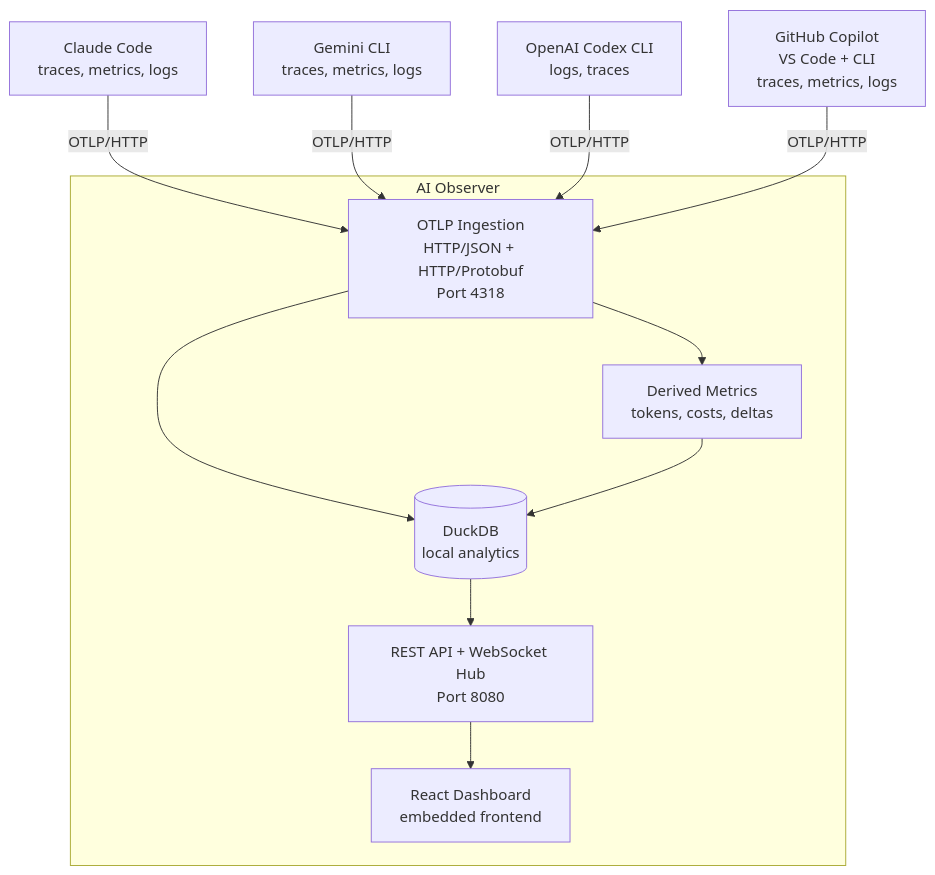
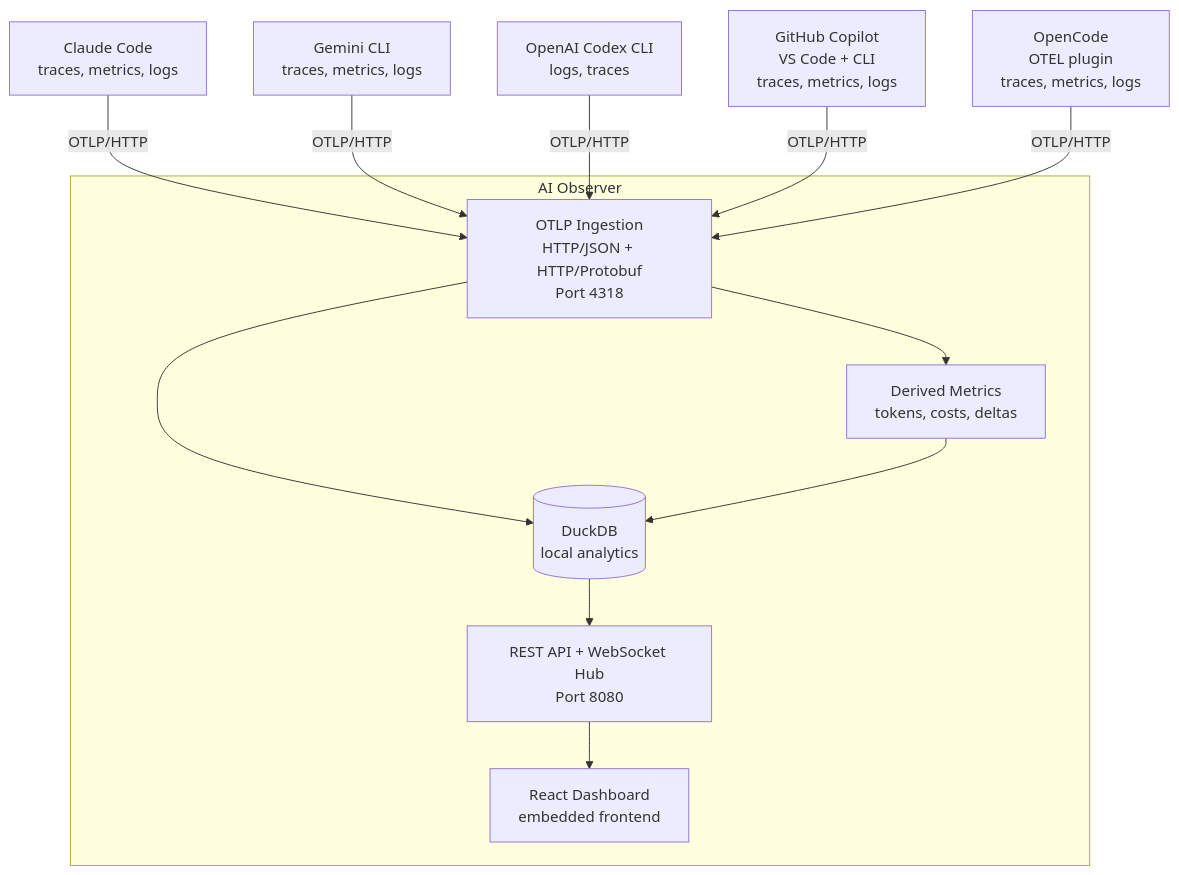
Before and after one commit to tobilg/ai-observer: the first of 4 diagrams in README.md, drawn with Mermaid. The commit also changed other lines of this file and 22 other files, not shown here.

Commit message:
Add OpenCode via plugin, create v0.5.0 version

````diff
--- a/README.md
+++ b/README.md
@@ -472,25 +504,27 @@
 ```mermaid
 flowchart TB
     claude[Claude Code<br/>traces, metrics, logs]
     gemini[Gemini CLI<br/>traces, metrics, logs]
     codex[OpenAI Codex CLI<br/>logs, traces]
     copilot[GitHub Copilot<br/>VS Code + CLI<br/>traces, metrics, logs]
+    opencode[OpenCode<br/>OTEL plugin<br/>traces, metrics, logs]
 
     subgraph observer[AI Observer]
         ingest[OTLP Ingestion<br/>HTTP/JSON + HTTP/Protobuf<br/>Port 4318]
         derived[Derived Metrics<br/>tokens, costs, deltas]
         db[(DuckDB<br/>local analytics)]
         api[REST API + WebSocket Hub<br/>Port 8080]
         ui[React Dashboard<br/>embedded frontend]
     end
 
     claude -->|OTLP/HTTP| ingest
     gemini -->|OTLP/HTTP| ingest
     codex -->|OTLP/HTTP| ingest
     copilot -->|OTLP/HTTP| ingest
+    opencode -->|OTLP/HTTP| ingest
     ingest --> derived
     ingest --> db
     derived --> db
     db --> api
     api --> ui
 ```
````
